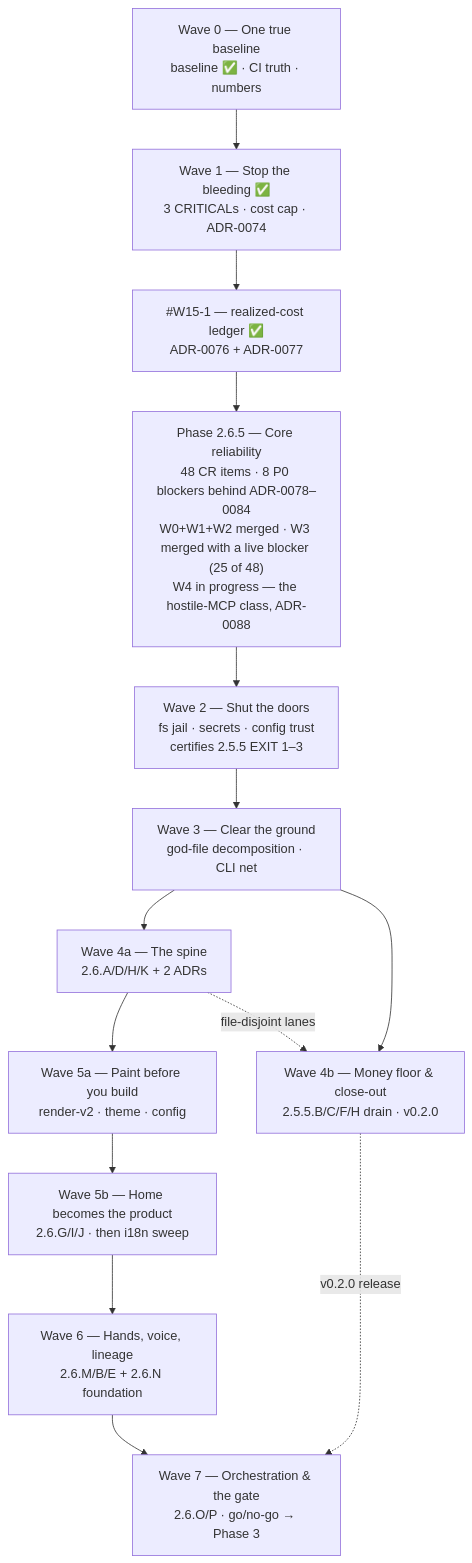
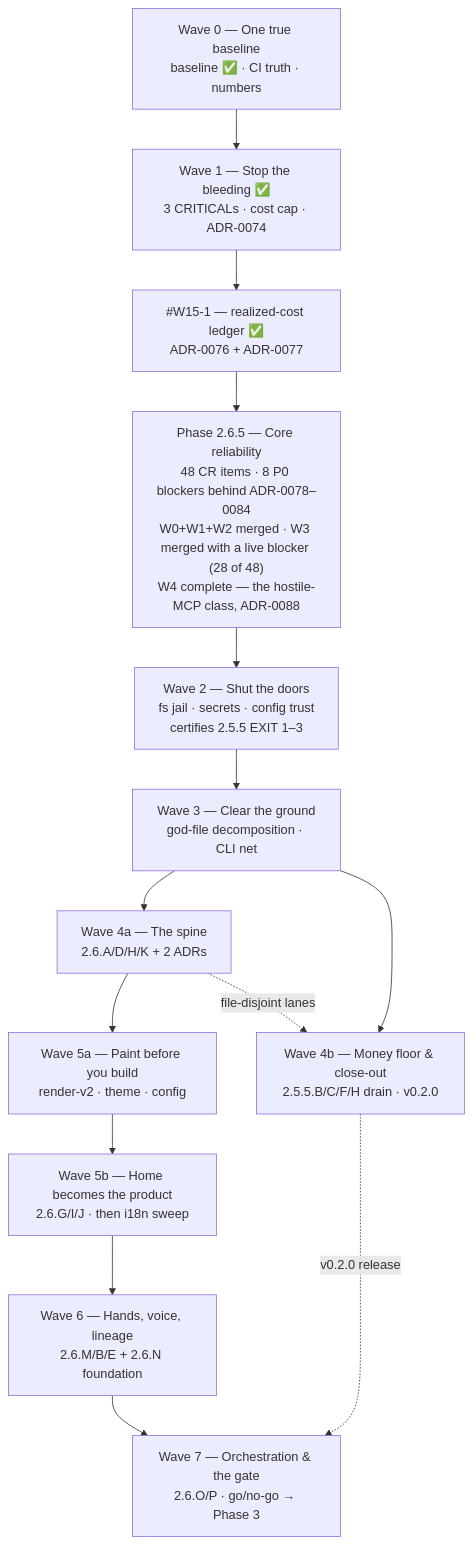
Before and after one commit to HodeTech/Relavium: the diagram in docs/roadmap/current.md, drawn with Mermaid. The commit also changed other lines of this file and 2 other files, not shown here.

First line of the commit message:
docs(roadmap): close W4 with a register a reader can check

````diff
--- a/docs/roadmap/current.md
+++ b/docs/roadmap/current.md
@@ -89,19 +89,19 @@
 ```mermaid
 flowchart TD
     W0["Wave 0 — One true baseline<br/>baseline ✅ · CI truth · numbers"]
     W1["Wave 1 — Stop the bleeding ✅<br/>3 CRITICALs · cost cap · ADR-0074"]
     LEDGER["#W15-1 — realized-cost ledger ✅<br/>ADR-0076 + ADR-0077"]
-    P265["Phase 2.6.5 — Core reliability<br/>48 CR items · 8 P0 blockers behind ADR-0078–0084<br/>W0+W1+W2 merged · W3 merged with a live blocker (25 of 48)<br/>W4 in progress — the hostile-MCP class, ADR-0088"]
+    P265["Phase 2.6.5 — Core reliability<br/>48 CR items · 8 P0 blockers behind ADR-0078–0084<br/>W0+W1+W2 merged · W3 merged with a live blocker (28 of 48)<br/>W4 complete — the hostile-MCP class, ADR-0088"]
     W2["Wave 2 — Shut the doors<br/>fs jail · secrets · config trust<br/>certifies 2.5.5 EXIT 1–3"]
     W3["Wave 3 — Clear the ground<br/>god-file decomposition · CLI net"]
     W4a["Wave 4a — The spine<br/>2.6.A/D/H/K + 2 ADRs"]
     W4b["Wave 4b — Money floor & close-out<br/>2.5.5.B/C/F/H drain · v0.2.0"]
     W5a["Wave 5a — Paint before you build<br/>render-v2 · theme · config"]
     W5b["Wave 5b — Home becomes the product<br/>2.6.G/I/J · then i18n sweep"]
     W6["Wave 6 — Hands, voice, lineage<br/>2.6.M/B/E + 2.6.N foundation"]
     W7["Wave 7 — Orchestration & the gate<br/>2.6.O/P · go/no-go → Phase 3"]
     W0 --> W1 --> LEDGER --> P265 --> W2 --> W3 --> W4a --> W5a --> W5b --> W6 --> W7
     W3 --> W4b
     W4b -.->|v0.2.0 release| W7
     W4a -.->|file-disjoint lanes| W4b
 ```
````
